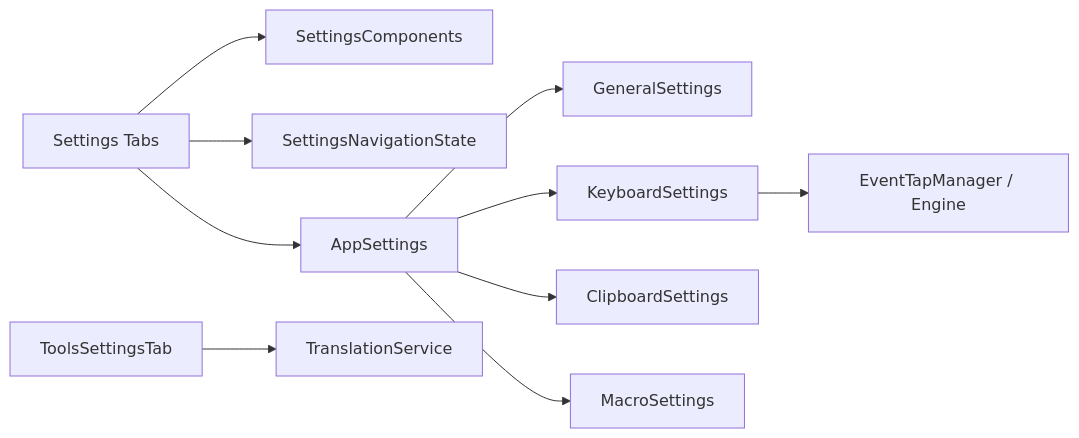
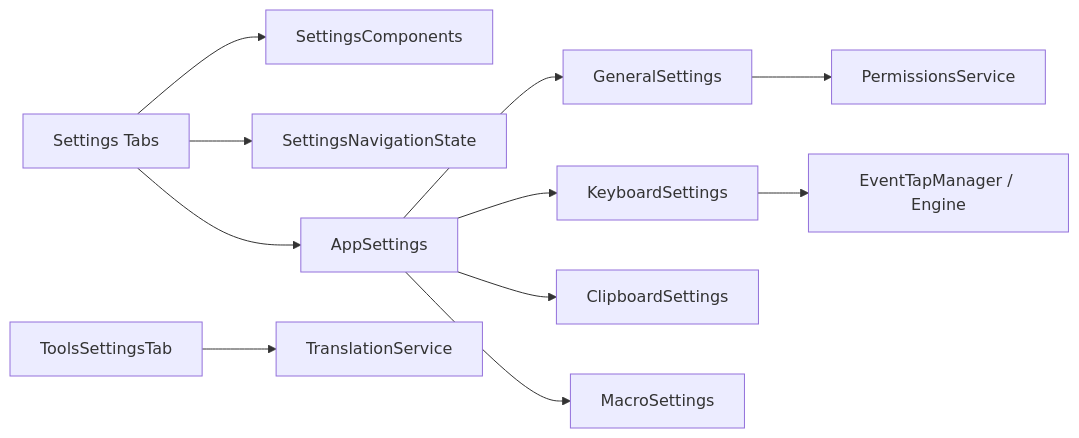
Before and after one commit to Nam088/skey: the eighth of 8 diagrams in .qoder/repowiki/en/content/macOS Application/Settings Interface/Settings Tabs.md, drawn with Mermaid. The commit also changed other lines of this file and 169 other files, not shown here.

````diff
--- a/.qoder/repowiki/en/content/macOS Application/Settings Interface/Settings Tabs.md
+++ b/.qoder/repowiki/en/content/macOS Application/Settings Interface/Settings Tabs.md
@@ -423,12 +445,13 @@
 ```mermaid
 graph LR
 UI["Settings Tabs"] --> Comp["SettingsComponents"]
 UI --> Nav["SettingsNavigationState"]
 UI --> Hub["AppSettings"]
 Hub --> GS["GeneralSettings"]
 Hub --> KS["KeyboardSettings"]
 Hub --> CS["ClipboardSettings"]
 Hub --> MS["MacroSettings"]
+GS --> PS["PermissionsService"]
 KS --> Engine["EventTapManager / Engine"]
 T["ToolsSettingsTab"] --> TR["TranslationService"]
 ```
````
